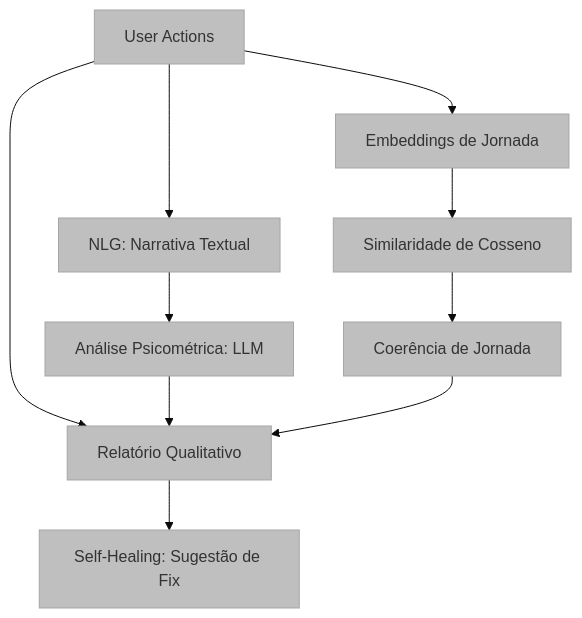
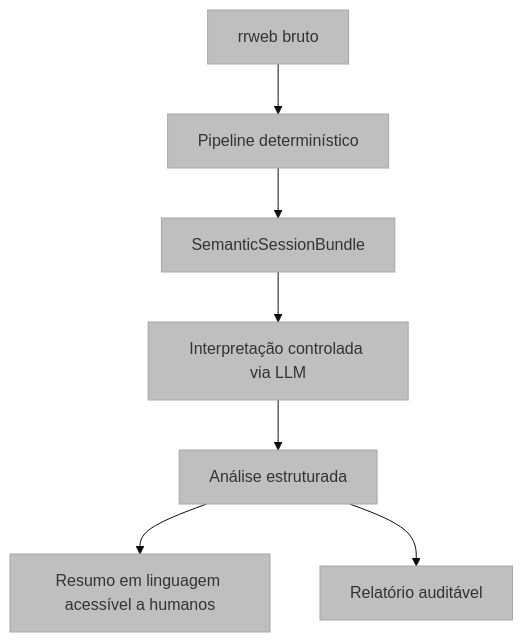
The diagram in docs/semantic_engine_nlg.md (marcus-v-rodrigues/ux-auditor-api), drawn with Mermaid before and after one commit. The commit also changed other lines of this file and 7 other files, not shown here.

First line of the commit message:
refactor(semantic): replace NLG pipeline with evidence-based structured analysis

````diff
--- a/docs/semantic_engine_nlg.md
+++ b/docs/semantic_engine_nlg.md
@@ -7,11 +7,10 @@
 ```mermaid
 %%{init: {'theme': 'base', 'themeVariables': { 'primaryColor': '#bfbfbf', 'edgeColor': '#5d5d5d' }, "flowchart": {"subGraphTitleMargin": {"bottom": 30}}}}%%
 graph TD
-    UA[User Actions] --> NLG[NLG: Narrativa Textual]
-    NLG --> PSY[Análise Psicométrica: LLM]
-    UA --> EMB[Embeddings de Jornada]
-    EMB --> SIM[Similaridade de Cosseno]
-    SIM --> COH[Coerência de Jornada]
-    UA & PSY & COH --> Report[Relatório Qualitativo]
-    Report --> SH[Self-Healing: Sugestão de Fix]
+    RAW[rrweb bruto] --> DETER[Pipeline determinístico]
+    DETER --> BUNDLE[SemanticSessionBundle]
+    BUNDLE --> LLM[Interpretação controlada via LLM]
+    LLM --> STRUCT[Análise estruturada]
+    STRUCT --> NARR[Resumo em linguagem acessível a humanos]
+    STRUCT --> REPORT[Relatório auditável]
 ```
````
